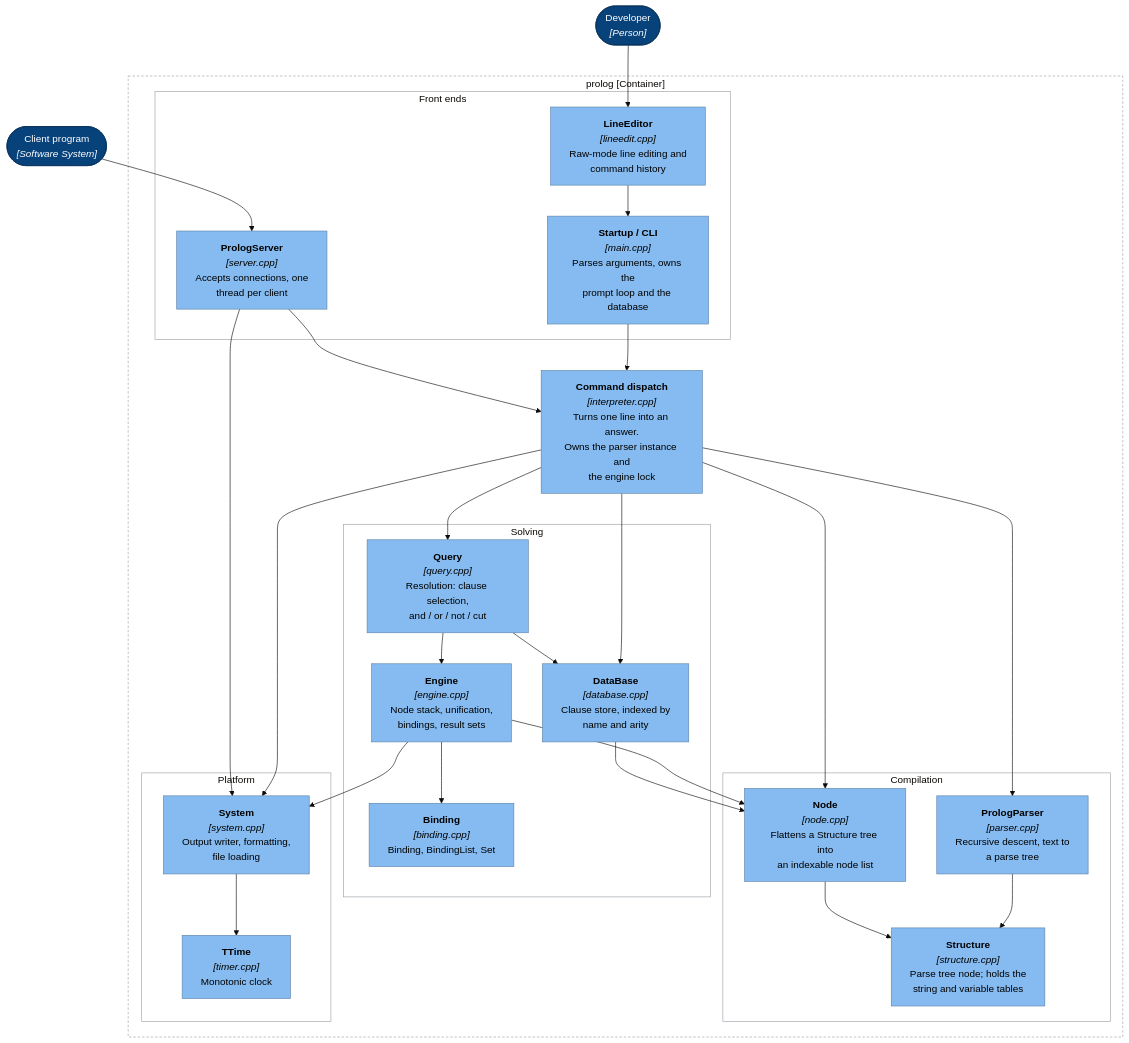
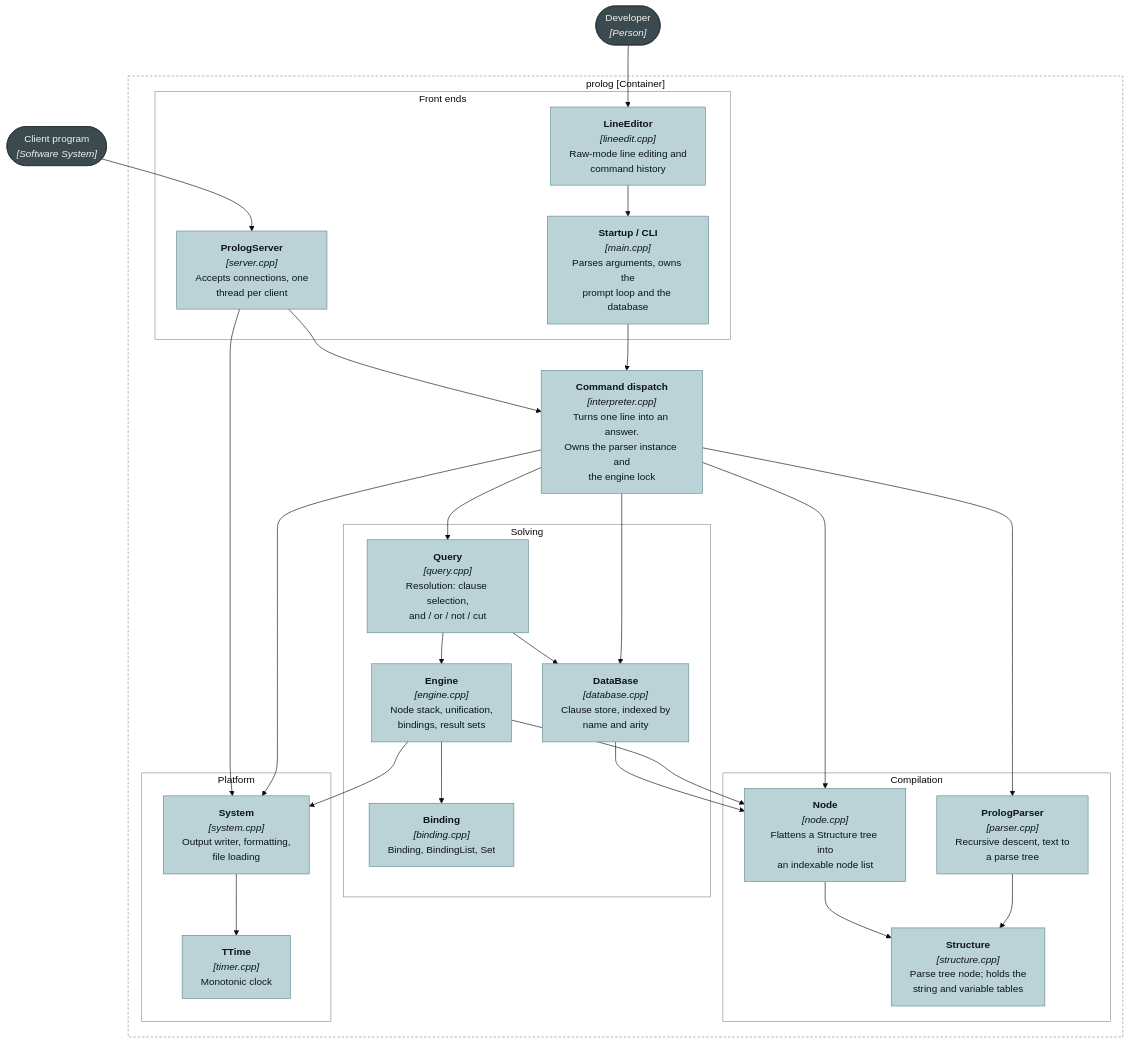
One commit to rock3125/pi changed the third of 10 diagrams in docs/c4-model.md. Above: the diagram before and after it, drawn with Mermaid (base theme). The commit also changed other lines of this file and 5 other files, not shown here.

````diff
--- a/docs/c4-model.md
+++ b/docs/c4-model.md
@@ -87,68 +139,68 @@
 ```mermaid
 flowchart TB
     dev(["Developer<br/><i>[Person]</i>"])
     client(["Client program<br/><i>[Software System]</i>"])
 
     subgraph proc["prolog [Container]"]
 
         subgraph front["Front ends"]
             main["<b>Startup / CLI</b><br/><i>[main.cpp]</i><br/>Parses arguments, owns the<br/>prompt loop and the database"]
             edit["<b>LineEditor</b><br/><i>[lineedit.cpp]</i><br/>Raw-mode line editing and<br/>command history"]
             srv["<b>PrologServer</b><br/><i>[server.cpp]</i><br/>Accepts connections, one<br/>thread per client"]
         end
 
         disp["<b>Command dispatch</b><br/><i>[interpreter.cpp]</i><br/>Turns one line into an answer.<br/>Owns the parser instance and<br/>the engine lock"]
 
         subgraph frontend["Compilation"]
             parse["<b>PrologParser</b><br/><i>[parser.cpp]</i><br/>Recursive descent, text to<br/>a parse tree"]
             struc["<b>Structure</b><br/><i>[structure.cpp]</i><br/>Parse tree node; holds the<br/>string and variable tables"]
             node["<b>Node</b><br/><i>[node.cpp]</i><br/>Flattens a Structure tree into<br/>an indexable node list"]
         end
 
         subgraph runtime["Solving"]
             db["<b>DataBase</b><br/><i>[database.cpp]</i><br/>Clause store, indexed by<br/>name and arity"]
             query["<b>Query</b><br/><i>[query.cpp]</i><br/>Resolution: clause selection,<br/>and / or / not / cut"]
             engine["<b>Engine</b><br/><i>[engine.cpp]</i><br/>Node stack, unification,<br/>bindings, result sets"]
             bind["<b>Binding</b><br/><i>[binding.cpp]</i><br/>Binding, BindingList, Set"]
         end
 
         subgraph plat["Platform"]
             system["<b>System</b><br/><i>[system.cpp]</i><br/>Output writer, formatting,<br/>file loading"]
             timer["<b>TTime</b><br/><i>[timer.cpp]</i><br/>Monotonic clock"]
         end
     end
 
     dev --> edit
     client --> srv
     edit --> main
     main --> disp
     srv --> disp
 
     disp --> parse
     disp --> db
     disp --> query
     parse --> struc
     disp --> node
     node --> struc
     query --> engine
     query --> db
     engine --> bind
     engine --> node
     db --> node
 
     disp --> system
     engine --> system
     srv --> system
     system --> timer
 
-    classDef person fill:#08427b,stroke:#052e56,color:#fff
-    classDef comp fill:#85bbf0,stroke:#5d82a8,color:#000
+    classDef person fill:#3A4A4E,stroke:#253134,color:#F1F2ED
+    classDef comp fill:#BBD3D6,stroke:#5E8C92,color:#0C1416
     class dev,client person
     class main,edit,srv,disp,parse,struc,node,db,query,engine,bind,system,timer comp
 
-    style proc fill:none,stroke:#9aa0a6,stroke-dasharray:4 3
-    style front fill:none,stroke:#9aa0a6
-    style frontend fill:none,stroke:#9aa0a6
-    style runtime fill:none,stroke:#9aa0a6
-    style plat fill:none,stroke:#9aa0a6
+    style proc fill:none,stroke:#8A8F88,stroke-dasharray:4 3
+    style front fill:none,stroke:#8A8F88
+    style frontend fill:none,stroke:#8A8F88
+    style runtime fill:none,stroke:#8A8F88
+    style plat fill:none,stroke:#8A8F88
 ```
````
